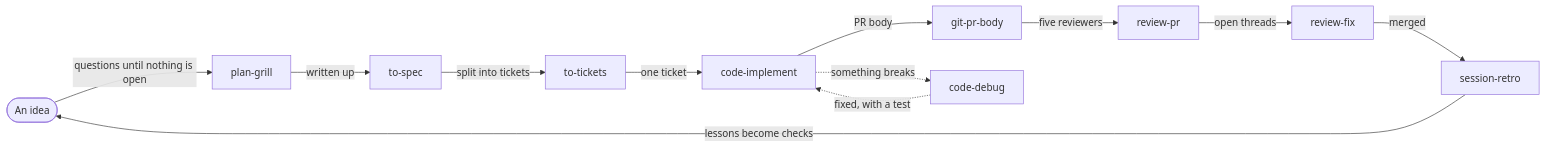
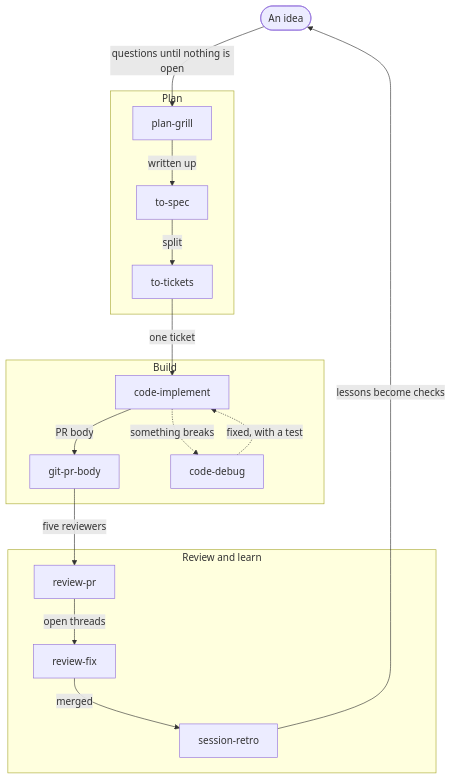
Before and after one commit to h2xd/skills: the diagram in README.md, drawn with Mermaid. The commit also changed other lines of this file, not shown here.

Commit message:
docs: draw the workflow loop top to bottom in three groups
The loop was one long line that GitHub shrank until the labels were hard to
read. It now runs top to bottom with Plan, Build, and Review and learn as
boxes, and the install section is one line for Claude Code.

````diff
--- a/README.md
+++ b/README.md
@@ -57,14 +43,21 @@
 ```mermaid
-flowchart LR
-  idea([An idea]) -->|questions until nothing is open| grill[plan-grill]
-  grill -->|written up| spec[to-spec]
-  spec -->|split into tickets| tickets[to-tickets]
-  tickets -->|one ticket| impl[code-implement]
-  impl -->|PR body| body[git-pr-body]
-  body -->|five reviewers| review[review-pr]
-  review -->|open threads| fix[review-fix]
-  fix -->|merged| retro[session-retro]
+flowchart TD
+  idea([An idea])
+  subgraph plan [Plan]
+    grill[plan-grill] -->|written up| spec[to-spec]
+    spec -->|split| tickets[to-tickets]
+  end
+  subgraph build [Build]
+    impl[code-implement] -->|PR body| body[git-pr-body]
+    impl -.->|something breaks| debug[code-debug]
+    debug -.->|fixed, with a test| impl
+  end
+  subgraph ship [Review and learn]
+    review[review-pr] -->|open threads| fix[review-fix]
+    fix -->|merged| retro[session-retro]
+  end
+  idea -->|questions until nothing is open| grill
+  tickets -->|one ticket| impl
+  body -->|five reviewers| review
   retro -->|lessons become checks| idea
-  impl -.->|something breaks| debug[code-debug]
-  debug -.->|fixed, with a test| impl
 ```
````
